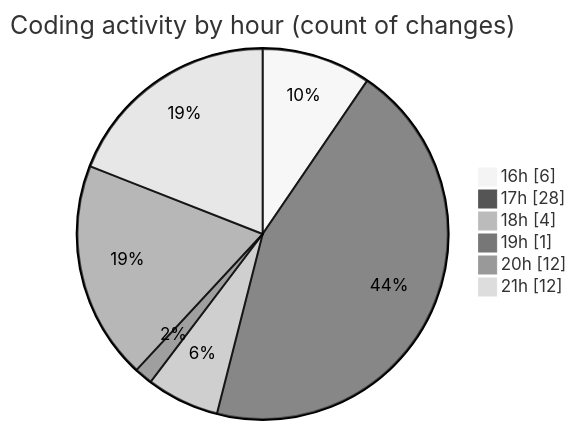
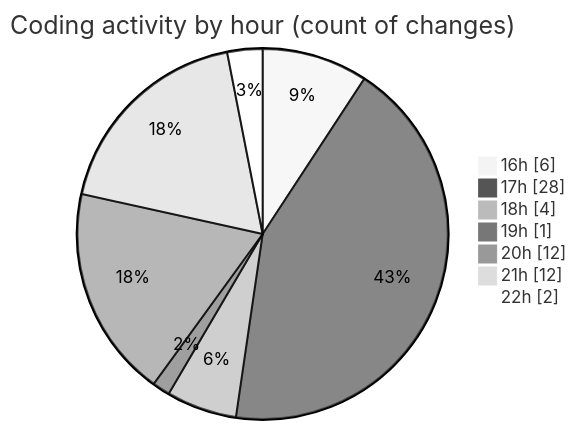
Before and after one commit to Ritupan-Deka/code-tracking: the second of 2 diagrams in 2025-06-24/scopecraft/README.md, drawn with Mermaid (neutral theme). The commit also changed other lines of this file and 1 other file, not shown here.

````diff
--- a/2025-06-24/scopecraft/README.md
+++ b/2025-06-24/scopecraft/README.md
@@ -42,10 +42,11 @@
 ```mermaid
 pie showData
 title Coding activity by hour (count of changes)
 "16h" : 6
 "17h" : 28
 "18h" : 4
 "19h" : 1
 "20h" : 12
 "21h" : 12
+"22h" : 2
 ```
````
